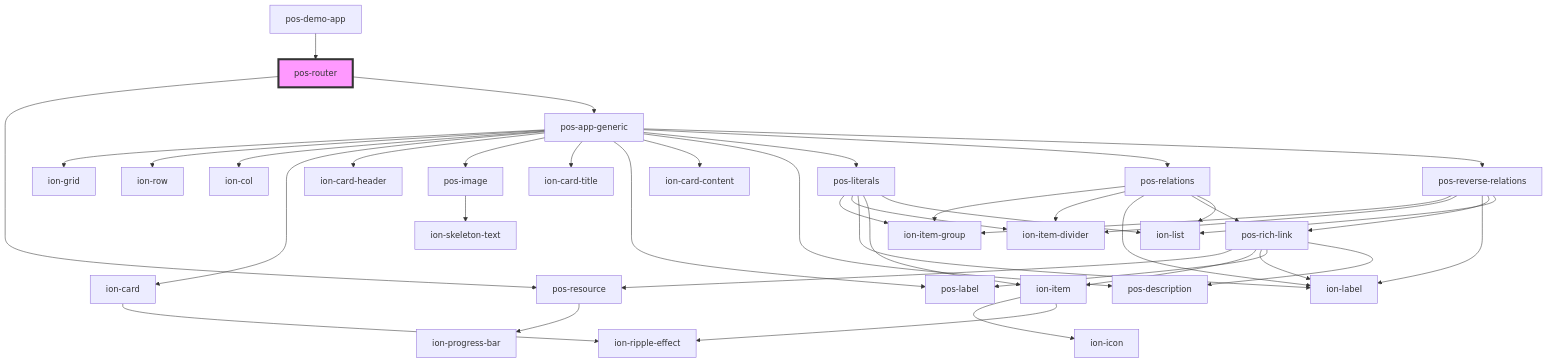
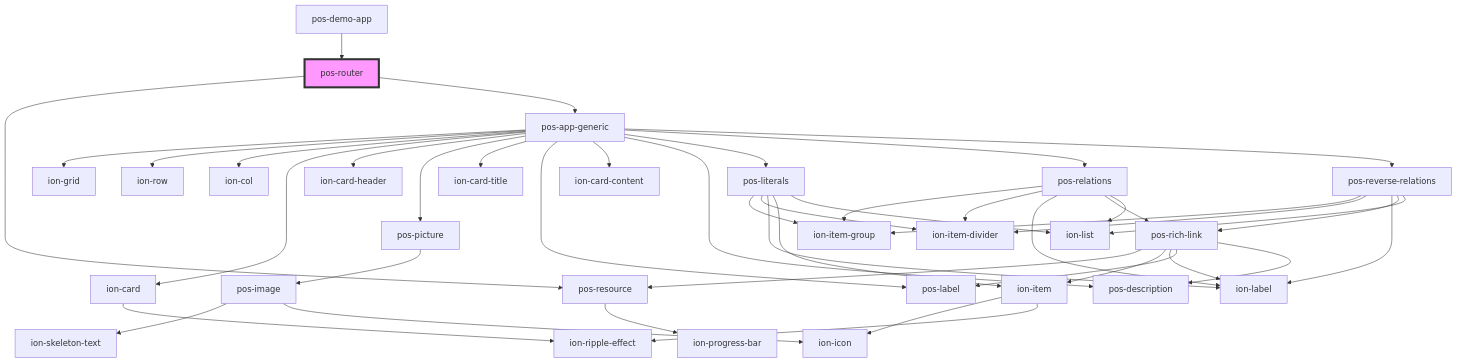
The diagram in elements/src/components/pos-router/readme.md (pod-os/PodOS), drawn with Mermaid before and after one commit. The commit also changed 10 other files, not shown here.

Commit message:
add pos-picture element

````diff
--- a/elements/src/components/pos-router/readme.md
+++ b/elements/src/components/pos-router/readme.md
@@ -20,45 +20,47 @@
 ```mermaid
 graph TD;
   pos-router --> pos-resource
   pos-router --> pos-app-generic
   pos-resource --> ion-progress-bar
   pos-app-generic --> ion-grid
   pos-app-generic --> ion-row
   pos-app-generic --> ion-col
   pos-app-generic --> ion-card
   pos-app-generic --> ion-card-header
-  pos-app-generic --> pos-image
+  pos-app-generic --> pos-picture
   pos-app-generic --> ion-card-title
   pos-app-generic --> pos-label
   pos-app-generic --> ion-card-content
   pos-app-generic --> pos-description
   pos-app-generic --> pos-literals
   pos-app-generic --> pos-relations
   pos-app-generic --> pos-reverse-relations
   ion-card --> ion-ripple-effect
+  pos-picture --> pos-image
   pos-image --> ion-skeleton-text
+  pos-image --> ion-icon
   pos-literals --> ion-item-group
   pos-literals --> ion-item-divider
   pos-literals --> ion-label
   pos-literals --> ion-item
   pos-literals --> ion-list
   ion-item --> ion-icon
   ion-item --> ion-ripple-effect
   pos-relations --> ion-item-group
   pos-relations --> ion-item-divider
   pos-relations --> ion-label
   pos-relations --> pos-rich-link
   pos-relations --> ion-list
   pos-rich-link --> pos-resource
   pos-rich-link --> ion-item
   pos-rich-link --> ion-label
   pos-rich-link --> pos-label
   pos-rich-link --> pos-description
   pos-reverse-relations --> ion-item-group
   pos-reverse-relations --> ion-item-divider
   pos-reverse-relations --> ion-label
   pos-reverse-relations --> pos-rich-link
   pos-reverse-relations --> ion-list
   pos-demo-app --> pos-router
   style pos-router fill:#f9f,stroke:#333,stroke-width:4px
 ```
````
